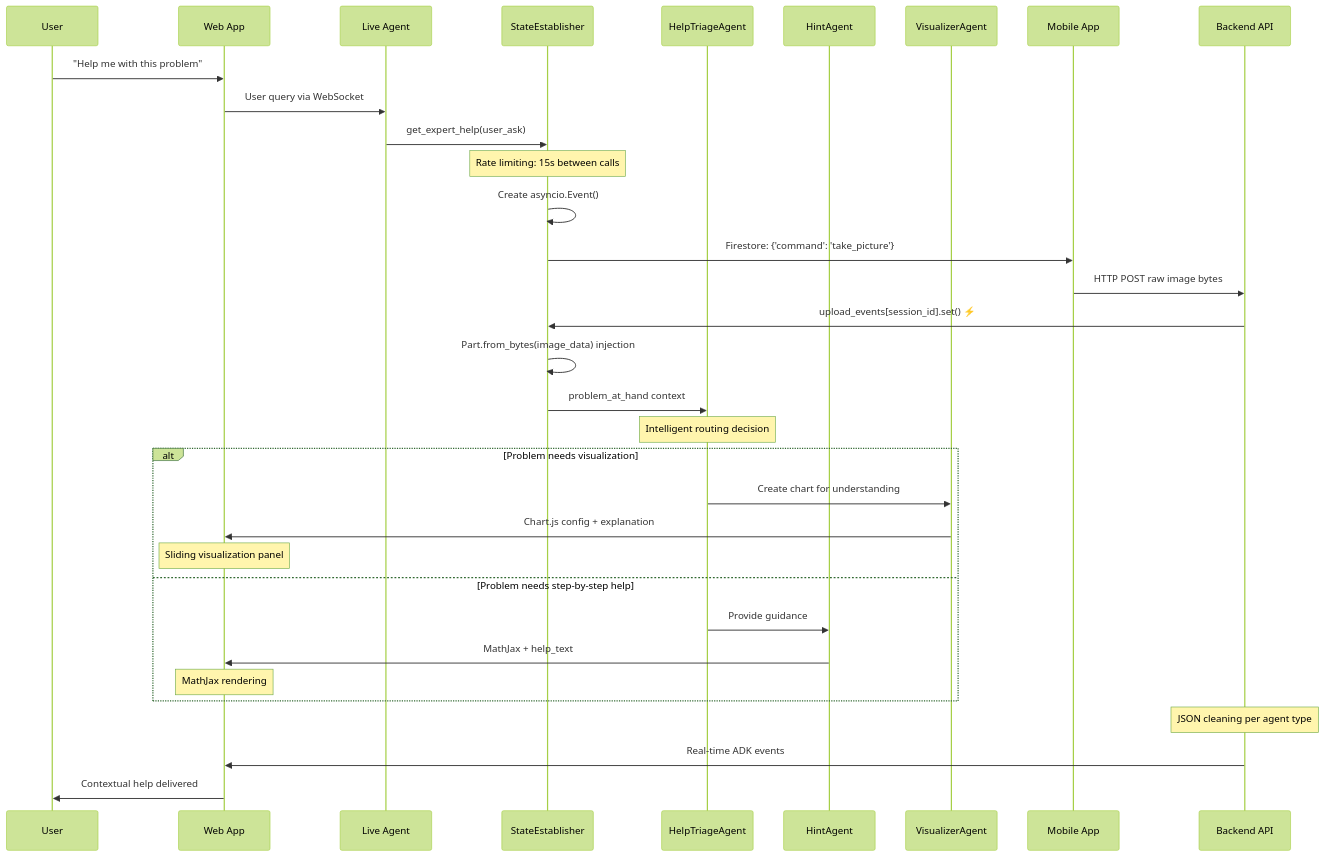
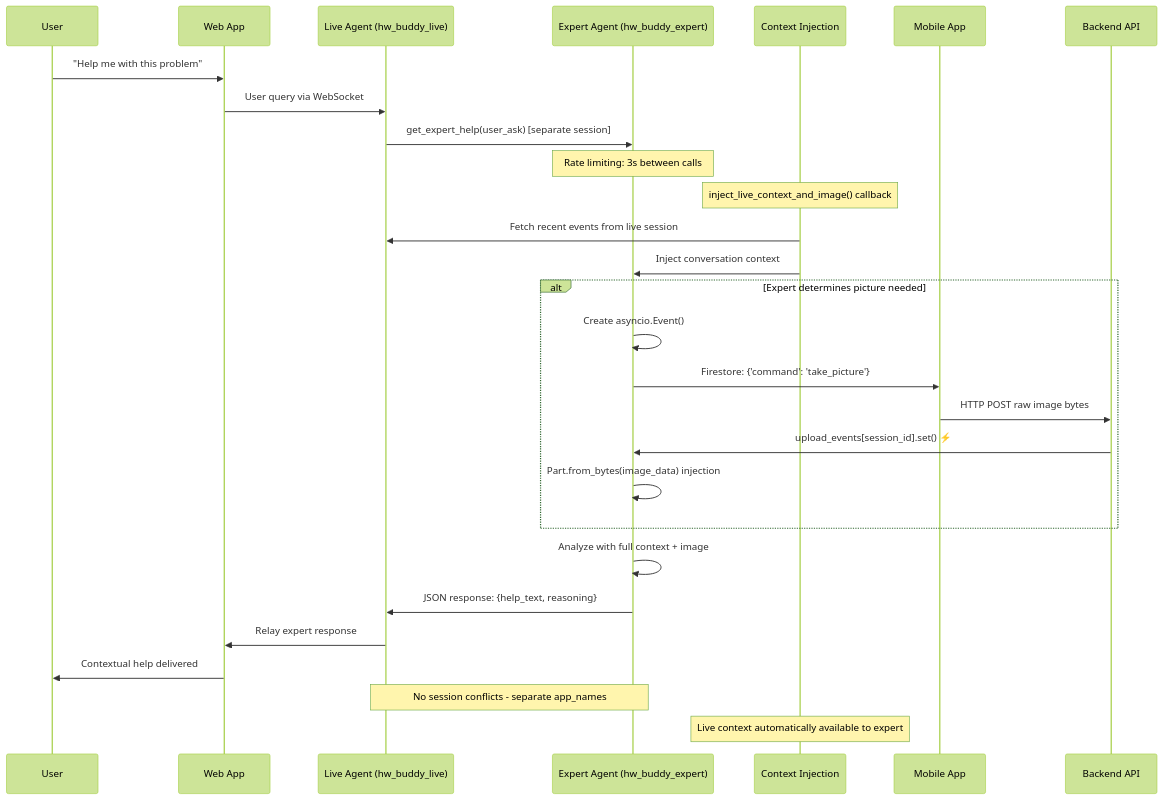
The diagram in backend/README_LIVE.md (kenleejr/hw-buddy), drawn with Mermaid (forest theme) before and after one commit. The commit also changed other lines of this file and 6 other files, not shown here.

Commit message:
simplified epert agents. Not working properly. live agent not getting proper response from expert agent and starts hallu

````diff
--- a/backend/README_LIVE.md
+++ b/backend/README_LIVE.md
@@ -136,39 +146,35 @@
 ```mermaid
 sequenceDiagram
     participant User
     participant Web as Web App
-    participant Live as Live Agent
-    participant State as StateEstablisher
-    participant Triage as HelpTriageAgent
-    participant Hint as HintAgent
-    participant Viz as VisualizerAgent
+    participant Live as Live Agent (hw_buddy_live)
+    participant Expert as Expert Agent (hw_buddy_expert)
+    participant Context as Context Injection
     participant Mobile as Mobile App
     participant Backend as Backend API
 
     User->>Web: "Help me with this problem"
     Web->>Live: User query via WebSocket
-    Live->>State: get_expert_help(user_ask)
+    Live->>Expert: get_expert_help(user_ask) [separate session]
     
-    Note over State: Rate limiting: 15s between calls
-    State->>State: Create asyncio.Event()
-    State->>Mobile: Firestore: {'command': 'take_picture'}
-    Mobile->>Backend: HTTP POST raw image bytes
-    Backend->>State: upload_events[session_id].set() ⚡
-    State->>State: Part.from_bytes(image_data) injection
-    State->>Triage: problem_at_hand context
+    Note over Expert: Rate limiting: 3s between calls
+    Note over Context: inject_live_context_and_image() callback
+    Context->>Live: Fetch recent events from live session
+    Context->>Expert: Inject conversation context
     
-    Note over Triage: Intelligent routing decision
-    alt Problem needs visualization
-        Triage->>Viz: Create chart for understanding
-        Viz->>Web: Chart.js config + explanation
-        Note over Web: Sliding visualization panel
-    else Problem needs step-by-step help
-        Triage->>Hint: Provide guidance
-        Hint->>Web: MathJax + help_text
-        Note over Web: MathJax rendering
+    alt Expert determines picture needed
+        Expert->>Expert: Create asyncio.Event()
+        Expert->>Mobile: Firestore: {'command': 'take_picture'}
+        Mobile->>Backend: HTTP POST raw image bytes
+        Backend->>Expert: upload_events[session_id].set() ⚡
+        Expert->>Expert: Part.from_bytes(image_data) injection
     end
     
-    Note over Backend: JSON cleaning per agent type
-    Backend->>Web: Real-time ADK events
+    Expert->>Expert: Analyze with full context + image
+    Expert->>Live: JSON response: {help_text, reasoning}
+    Live->>Web: Relay expert response
     Web->>User: Contextual help delivered
+    
+    Note over Expert,Live: No session conflicts - separate app_names
+    Note over Context: Live context automatically available to expert
 ```
````
